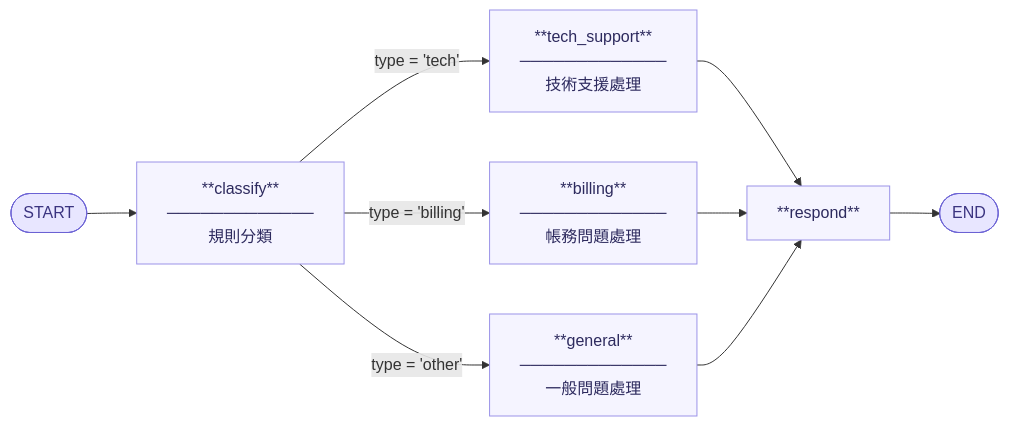
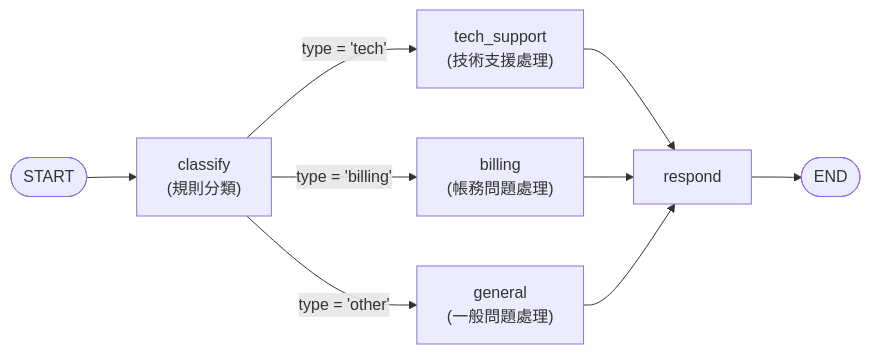
One commit to millerlai/study-langgraph changed the first of 2 diagrams in src/phase03/3.3-router-patterns.md. Above: the diagram before and after it, drawn with Mermaid. The commit also changed other lines of this file and 13 other files, not shown here.

First line of the commit message:
Add Mermaid diagrams alongside 24 ASCII flow diagrams across docs

````diff
--- a/src/phase03/3.3-router-patterns.md
+++ b/src/phase03/3.3-router-patterns.md
@@ -39,23 +41,11 @@
 ```mermaid
-flowchart LR
-    START([ START ]):::term --> classify
-
-    classify["**classify**\n─────────────\n規則分類"]:::node
-
-    classify -->|type = 'tech'   | tech
-    classify -->|type = 'billing'| billing
-    classify -->|type = 'other'  | general
-
-    tech["**tech_support**\n─────────────\n技術支援處理"]:::node
-    billing["**billing**\n─────────────\n帳務問題處理"]:::node
-    general["**general**\n─────────────\n一般問題處理"]:::node
-
-    tech    --> respond
+graph LR
+    START(["START"]) --> classify["classify\n(規則分類)"]
+    classify -->|"type = 'tech'"| tech["tech_support\n(技術支援處理)"]
+    classify -->|"type = 'billing'"| billing["billing\n(帳務問題處理)"]
+    classify -->|"type = 'other'"| general["general\n(一般問題處理)"]
+    tech --> respond["respond"]
     billing --> respond
     general --> respond
-
-    respond["**respond**"]:::node --> END([ END ]):::term
-
-    classDef term  fill:#e8e6ff,stroke:#6c63d4,color:#3b3480,rx:20
-    classDef node  fill:#f5f4ff,stroke:#9b93e8,color:#2d2a5e
+    respond --> END(["END"])
 ```
````
